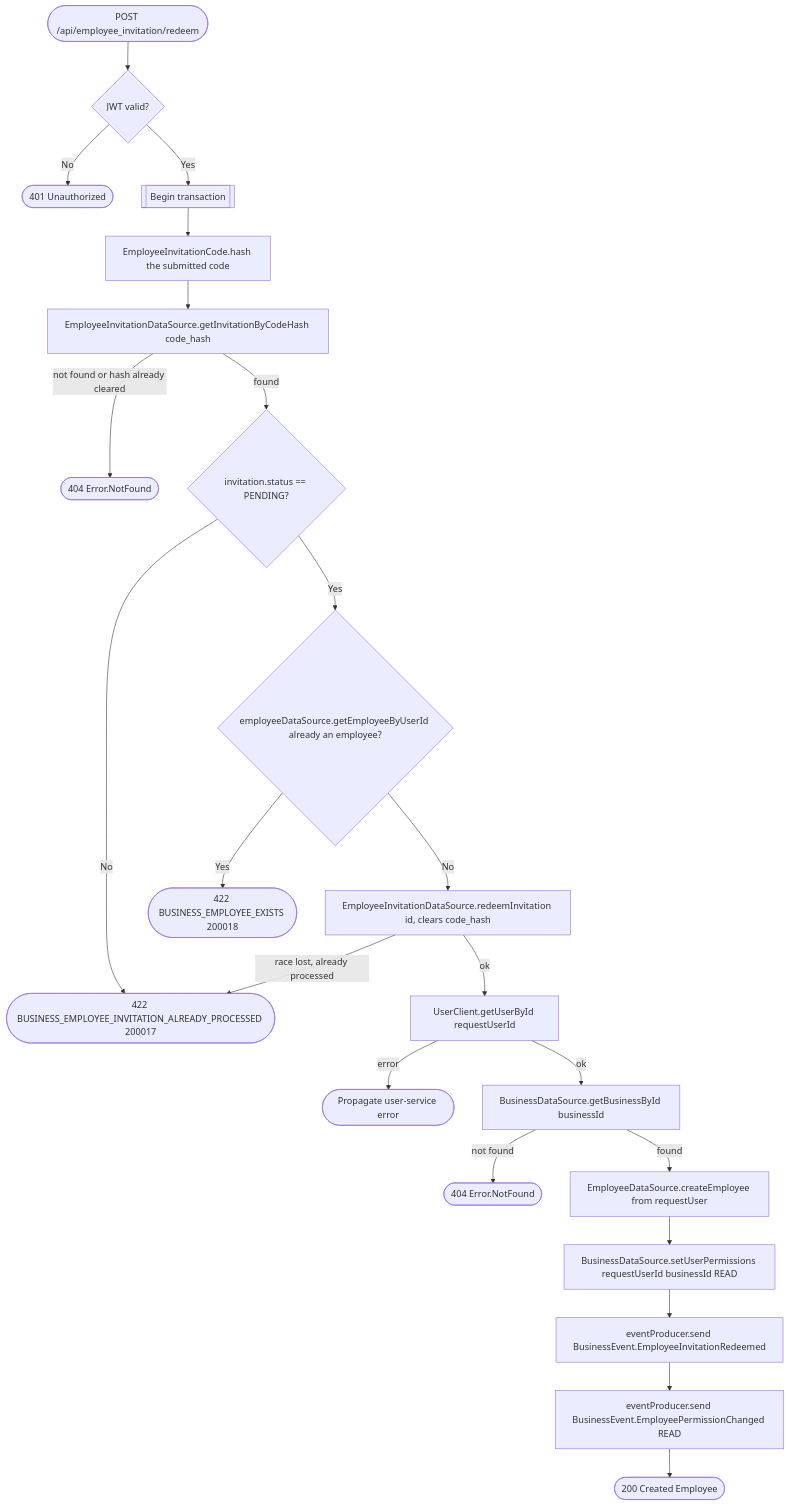
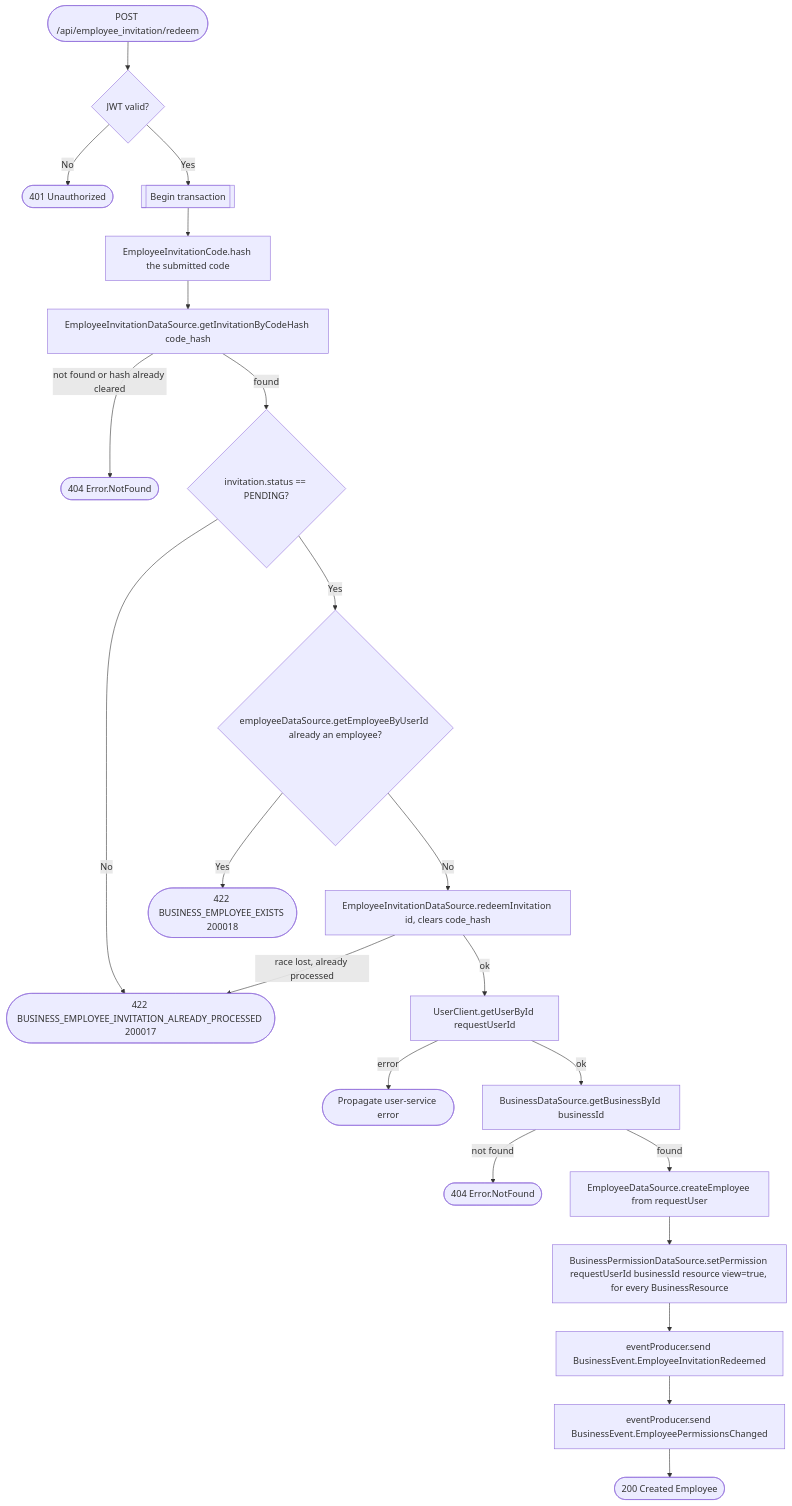
One commit to an22/bookk.me-backend changed the diagram in docs/operations/business/join-business.md. Above: the diagram before and after it, drawn with Mermaid. The commit also changed other lines of this file and 157 other files, not shown here.

````diff
--- a/docs/operations/business/join-business.md
+++ b/docs/operations/business/join-business.md
@@ -23,24 +26,24 @@
 ```mermaid
 flowchart TD
     Start([POST /api/employee_invitation/redeem]) --> Auth{JWT valid?}
     Auth -- No --> R401([401 Unauthorized])
     Auth -- Yes --> Tx[[Begin transaction]]
     Tx --> HashCode[EmployeeInvitationCode.hash the submitted code]
     HashCode --> GetInvite[EmployeeInvitationDataSource.getInvitationByCodeHash code_hash]
     GetInvite -- not found or hash already cleared --> R404a([404 Error.NotFound])
     GetInvite -- found --> Status{invitation.status == PENDING?}
     Status -- No --> R422a([422 BUSINESS_EMPLOYEE_INVITATION_ALREADY_PROCESSED 200017])
     Status -- Yes --> AlreadyEmployee{employeeDataSource.getEmployeeByUserId already an employee?}
     AlreadyEmployee -- Yes --> R422b([422 BUSINESS_EMPLOYEE_EXISTS 200018])
     AlreadyEmployee -- No --> Redeem[EmployeeInvitationDataSource.redeemInvitation id, clears code_hash]
     Redeem -- race lost, already processed --> R422a
     Redeem -- ok --> GetUser[UserClient.getUserById requestUserId]
     GetUser -- error --> RErr([Propagate user-service error])
     GetUser -- ok --> GetBiz[BusinessDataSource.getBusinessById businessId]
     GetBiz -- not found --> R404b([404 Error.NotFound])
     GetBiz -- found --> CreateEmployee[EmployeeDataSource.createEmployee from requestUser]
-    CreateEmployee --> SetPerm[BusinessDataSource.setUserPermissions requestUserId businessId READ]
+    CreateEmployee --> SetPerm[BusinessPermissionDataSource.setPermission requestUserId businessId resource view=true, for every BusinessResource]
     SetPerm --> Event[eventProducer.send BusinessEvent.EmployeeInvitationRedeemed]
-    Event --> PermEvent[eventProducer.send BusinessEvent.EmployeePermissionChanged READ]
+    Event --> PermEvent[eventProducer.send BusinessEvent.EmployeePermissionsChanged]
     PermEvent --> R200([200 Created Employee])
 ```
````
